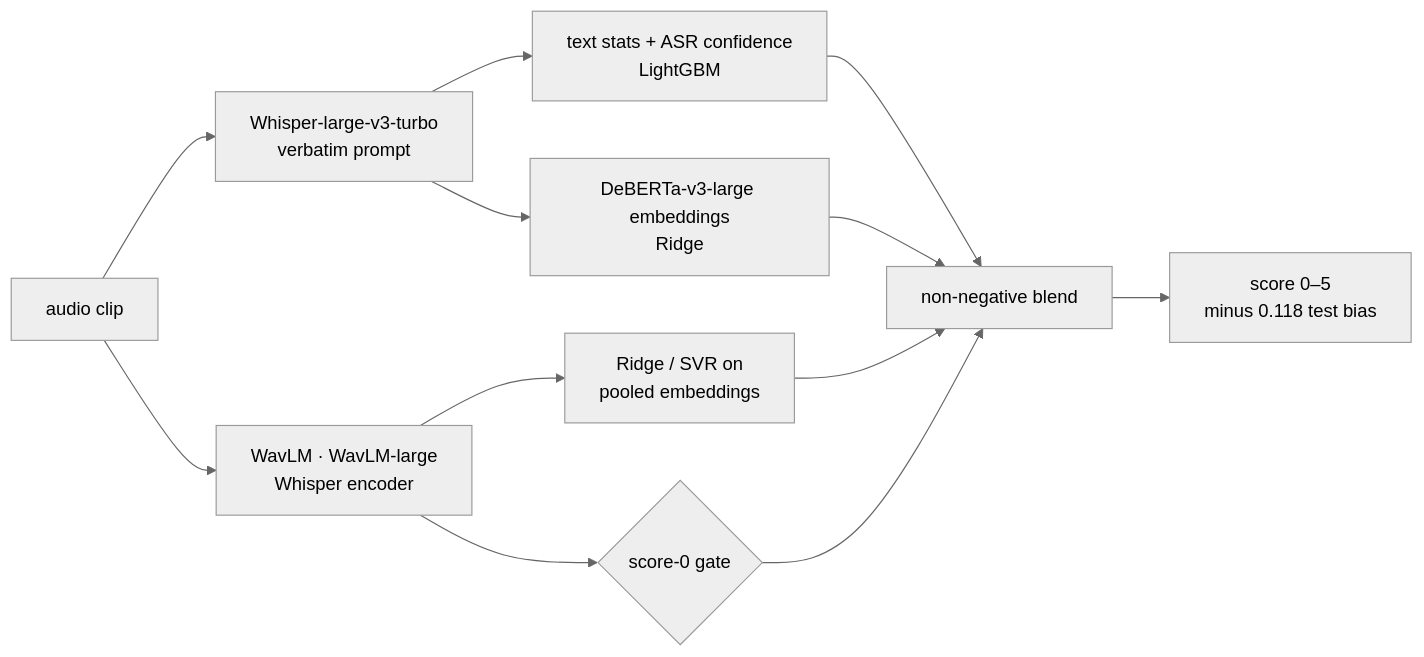
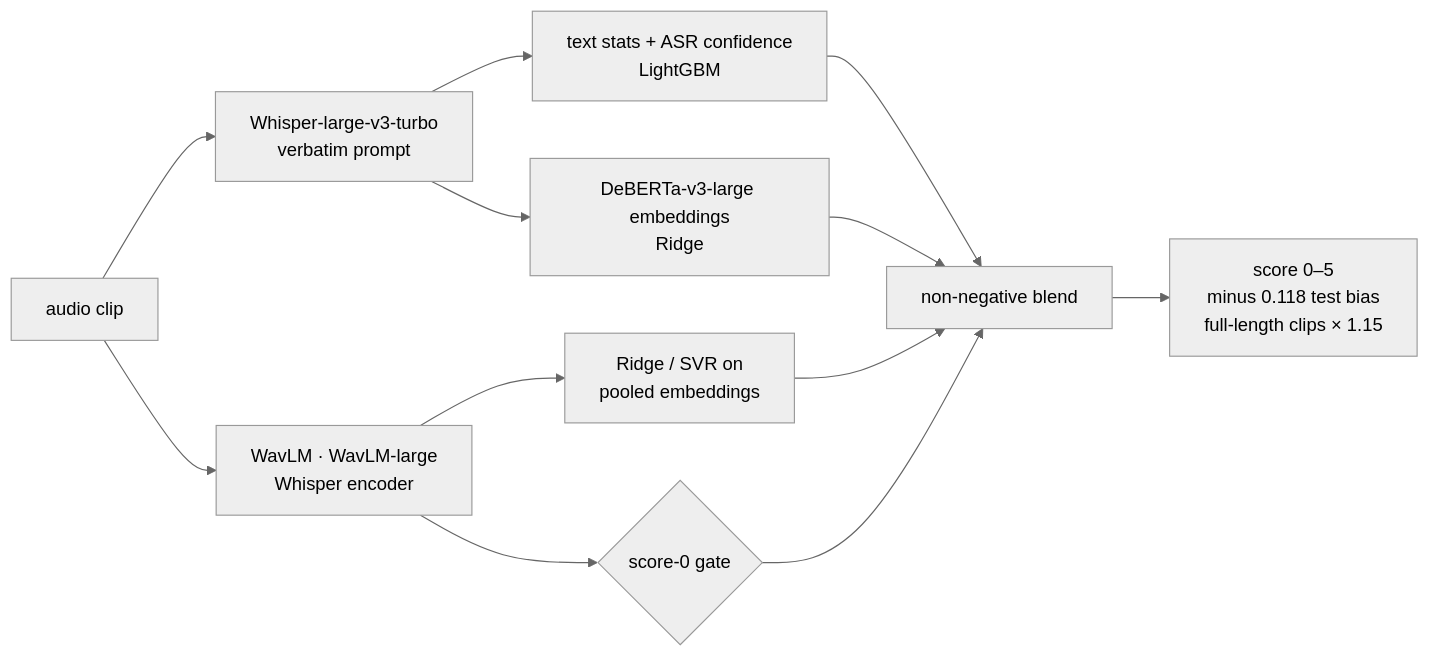
The diagram in README.md (Techy-A/shl-grammar-scoring), drawn with Mermaid (neutral theme) before and after one commit. The commit also changed other lines of this file and 10 other files, not shown here.

First line of the commit message:
Stretch the full-length test predictions (public 0.3241); notebook verified on Kaggle

````diff
--- a/README.md
+++ b/README.md
@@ -23,12 +23,12 @@
 ```mermaid
 flowchart LR
     A[audio clip] --> W[Whisper-large-v3-turbo<br/>verbatim prompt]
     A --> E[WavLM · WavLM-large<br/>Whisper encoder]
     W --> T1[text stats + ASR confidence<br/>LightGBM]
     W --> T2[DeBERTa-v3-large embeddings<br/>Ridge]
     E --> S[Ridge / SVR on<br/>pooled embeddings]
     E --> G{score-0 gate}
     T1 & T2 & S --> B[non-negative blend]
     G --> B
-    B --> P[score 0–5<br/>minus 0.118 test bias]
+    B --> P[score 0–5<br/>minus 0.118 test bias<br/>full-length clips × 1.15]
 ```
````
